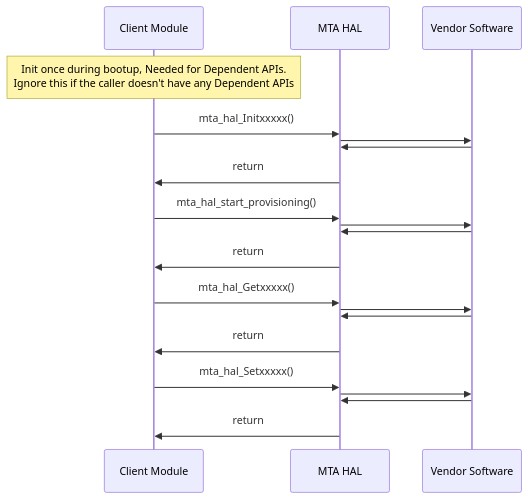
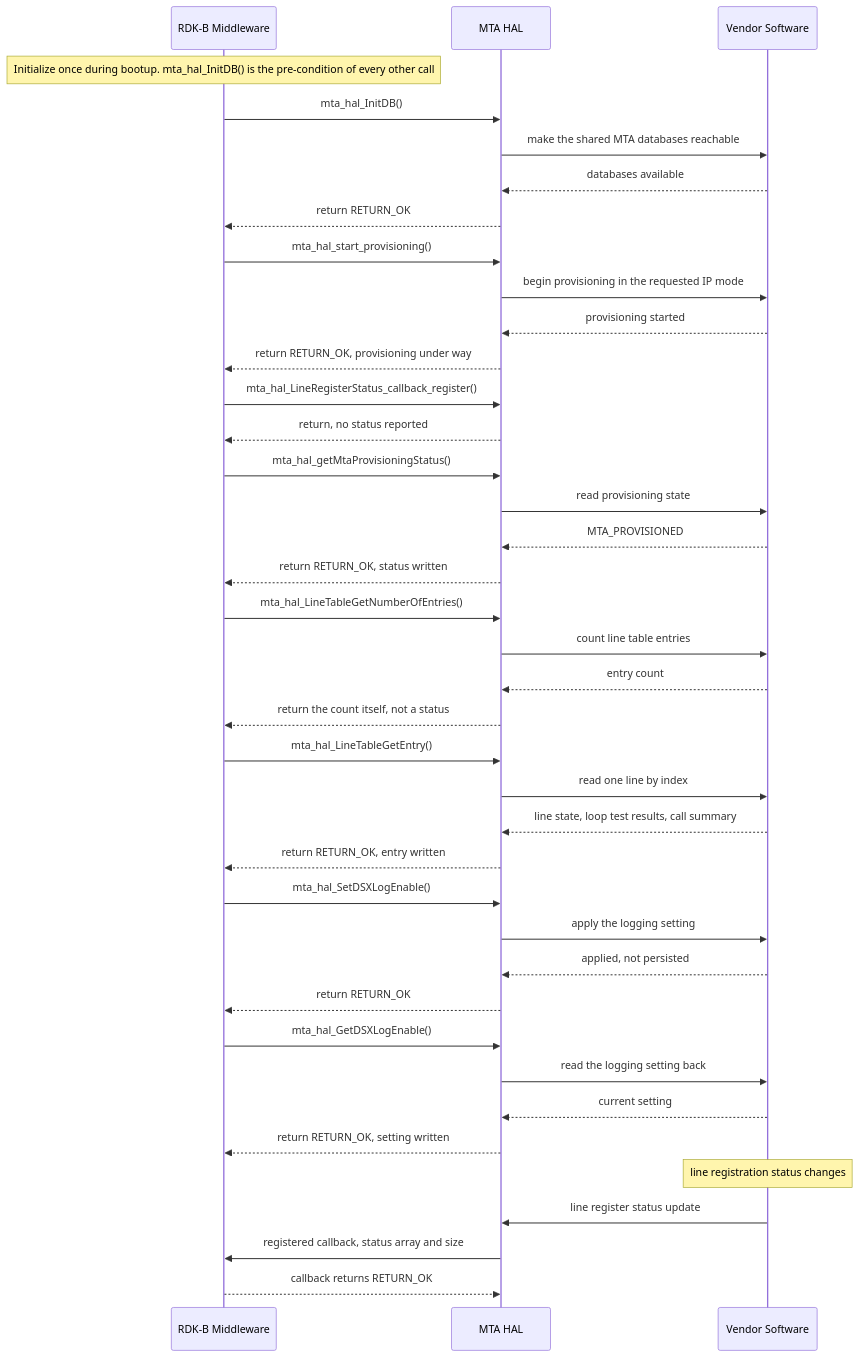
The second of 2 diagrams in docs/pages/MTAhalSpec.md (rdkcentral/rdkb-halif-mta), drawn with Mermaid before and after one commit. The commit also changed other lines of this file, not shown here.

First line of the commit message:
RDKHAL-21 Update MTA HAL specification (#20)

````diff
--- a/docs/pages/MTAhalSpec.md
+++ b/docs/pages/MTAhalSpec.md
@@ -129,26 +530,49 @@
 ```mermaid
 sequenceDiagram
-participant Client Module
-participant MTA HAL
-participant Vendor Software
-Note over Client Module: Init once during bootup, Needed for Dependent APIs. <br> Ignore this if the caller doesn't have any Dependent APIs
-Client Module->>MTA HAL: mta_hal_Initxxxxx()
-MTA HAL->>Vendor Software: 
-Vendor Software->>MTA HAL: 
-MTA HAL->>Client Module: return
+    participant Caller as RDK-B Middleware
+    participant HAL as MTA HAL
+    participant Vendor as Vendor Software
+    Note over Caller: Initialize once during bootup. mta_hal_InitDB() is the pre-condition of every other call
+    Caller->>HAL: mta_hal_InitDB()
+    HAL->>Vendor: make the shared MTA databases reachable
+    Vendor-->>HAL: databases available
+    HAL-->>Caller: return RETURN_OK
 
-Client Module->>MTA HAL: mta_hal_start_provisioning()
-MTA HAL->>Vendor Software: 
-Vendor Software->>MTA HAL: 
-MTA HAL->>Client Module: return
+    Caller->>HAL: mta_hal_start_provisioning()
+    HAL->>Vendor: begin provisioning in the requested IP mode
+    Vendor-->>HAL: provisioning started
+    HAL-->>Caller: return RETURN_OK, provisioning under way
 
-Client Module->>MTA HAL: mta_hal_Getxxxxx()
-MTA HAL->>Vendor Software: 
-Vendor Software->>MTA HAL: 
-MTA HAL->>Client Module: return
+    Caller->>HAL: mta_hal_LineRegisterStatus_callback_register()
+    HAL-->>Caller: return, no status reported
 
-Client Module->>MTA HAL: mta_hal_Setxxxxx()
-MTA HAL->>Vendor Software: 
-Vendor Software->>MTA HAL: 
-MTA HAL->>Client Module: return
+    Caller->>HAL: mta_hal_getMtaProvisioningStatus()
+    HAL->>Vendor: read provisioning state
+    Vendor-->>HAL: MTA_PROVISIONED
+    HAL-->>Caller: return RETURN_OK, status written
+
+    Caller->>HAL: mta_hal_LineTableGetNumberOfEntries()
+    HAL->>Vendor: count line table entries
+    Vendor-->>HAL: entry count
+    HAL-->>Caller: return the count itself, not a status
+
+    Caller->>HAL: mta_hal_LineTableGetEntry()
+    HAL->>Vendor: read one line by index
+    Vendor-->>HAL: line state, loop test results, call summary
+    HAL-->>Caller: return RETURN_OK, entry written
+
+    Caller->>HAL: mta_hal_SetDSXLogEnable()
+    HAL->>Vendor: apply the logging setting
+    Vendor-->>HAL: applied, not persisted
+    HAL-->>Caller: return RETURN_OK
+
+    Caller->>HAL: mta_hal_GetDSXLogEnable()
+    HAL->>Vendor: read the logging setting back
+    Vendor-->>HAL: current setting
+    HAL-->>Caller: return RETURN_OK, setting written
+
+    Note over Vendor: line registration status changes
+    Vendor->>HAL: line register status update
+    HAL->>Caller: registered callback, status array and size
+    Caller-->>HAL: callback returns RETURN_OK
 ```
````
